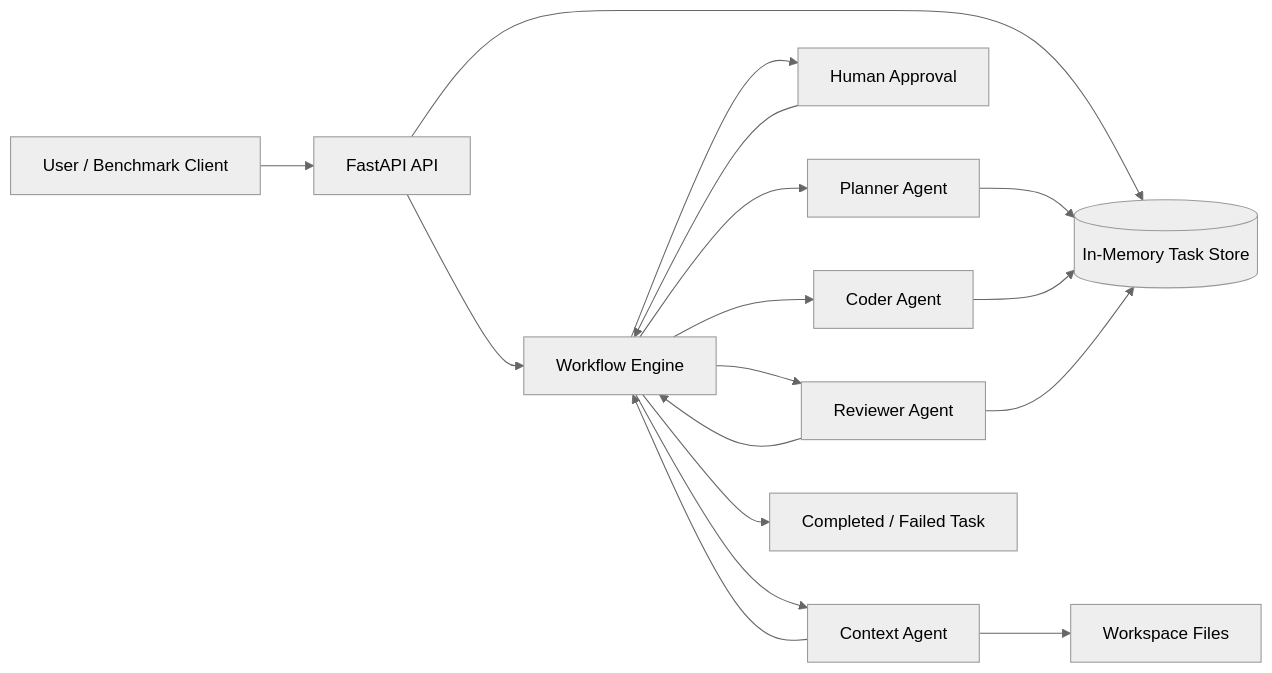
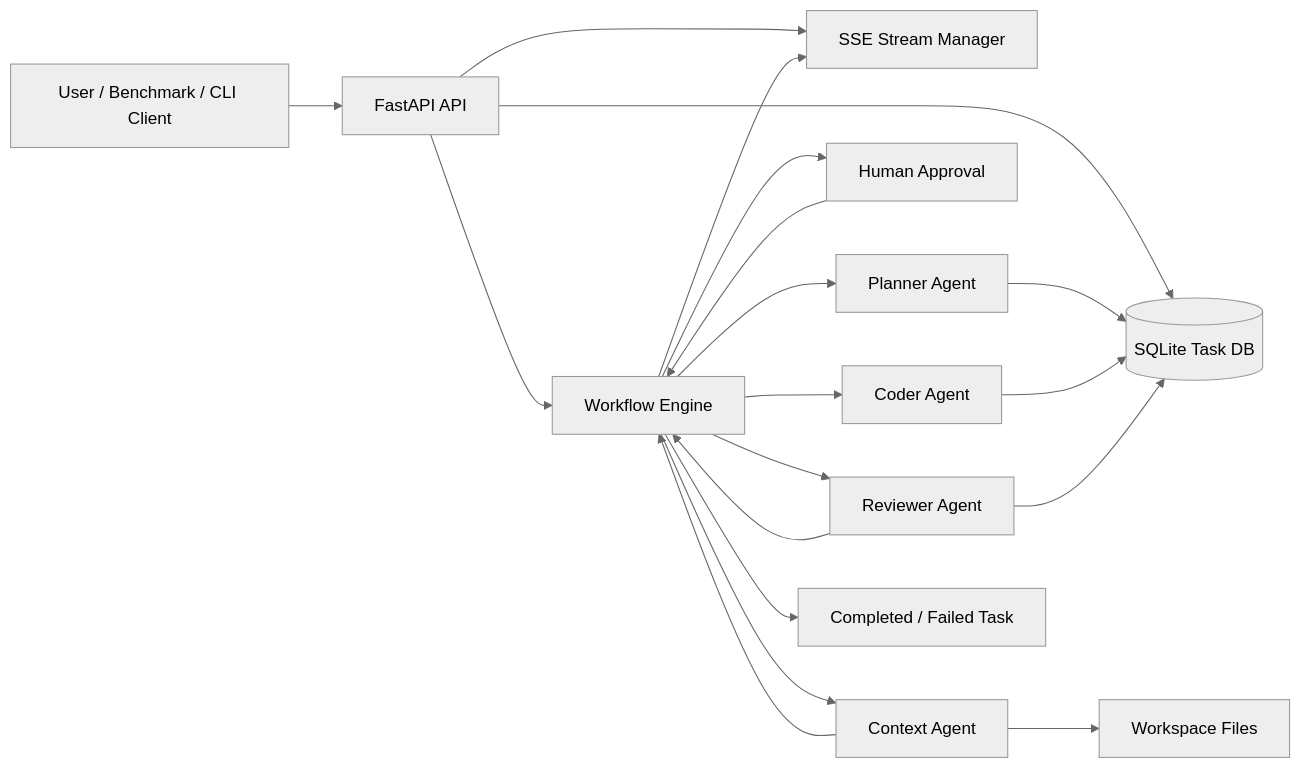
One commit to ZZUwxr/ai_coding_assistant changed the diagram in README.en.md. Above: the diagram before and after it, drawn with Mermaid (neutral theme). The commit also changed other lines of this file and 18 other files, not shown here.

Commit message:
feat: add realtime CLI streaming and document latest architecture

````diff
--- a/README.en.md
+++ b/README.en.md
@@ -34,24 +36,26 @@
 ```mermaid
 flowchart LR
-    User[User / Benchmark Client] --> API[FastAPI API]
-    API --> TaskStore[(In-Memory Task Store)]
+    User[User / Benchmark / CLI Client] --> API[FastAPI API]
+    API --> TaskStore[(SQLite Task DB)]
     API --> Workflow[Workflow Engine]
+    API --> Stream[SSE Stream Manager]
 
     Workflow --> Planner[Planner Agent]
     Planner --> TaskStore
     Workflow --> Approval[Human Approval]
     Approval --> Workflow
 
     Workflow --> Context[Context Agent]
     Context --> Workspace[Workspace Files]
     Context --> Workflow
 
     Workflow --> Coder[Coder Agent]
     Coder --> TaskStore
 
     Workflow --> Reviewer[Reviewer Agent]
     Reviewer --> TaskStore
     Reviewer --> Workflow
+    Workflow --> Stream
 
     Workflow --> Result[Completed / Failed Task]
 ```
````
